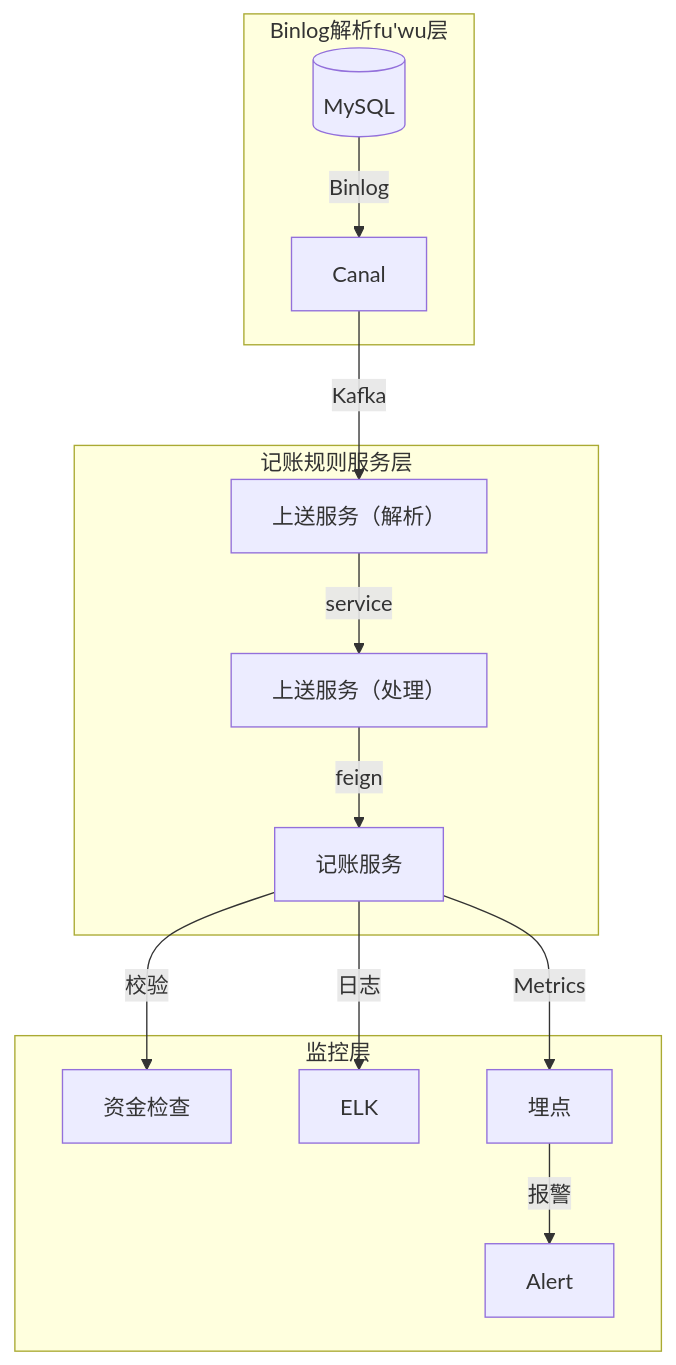
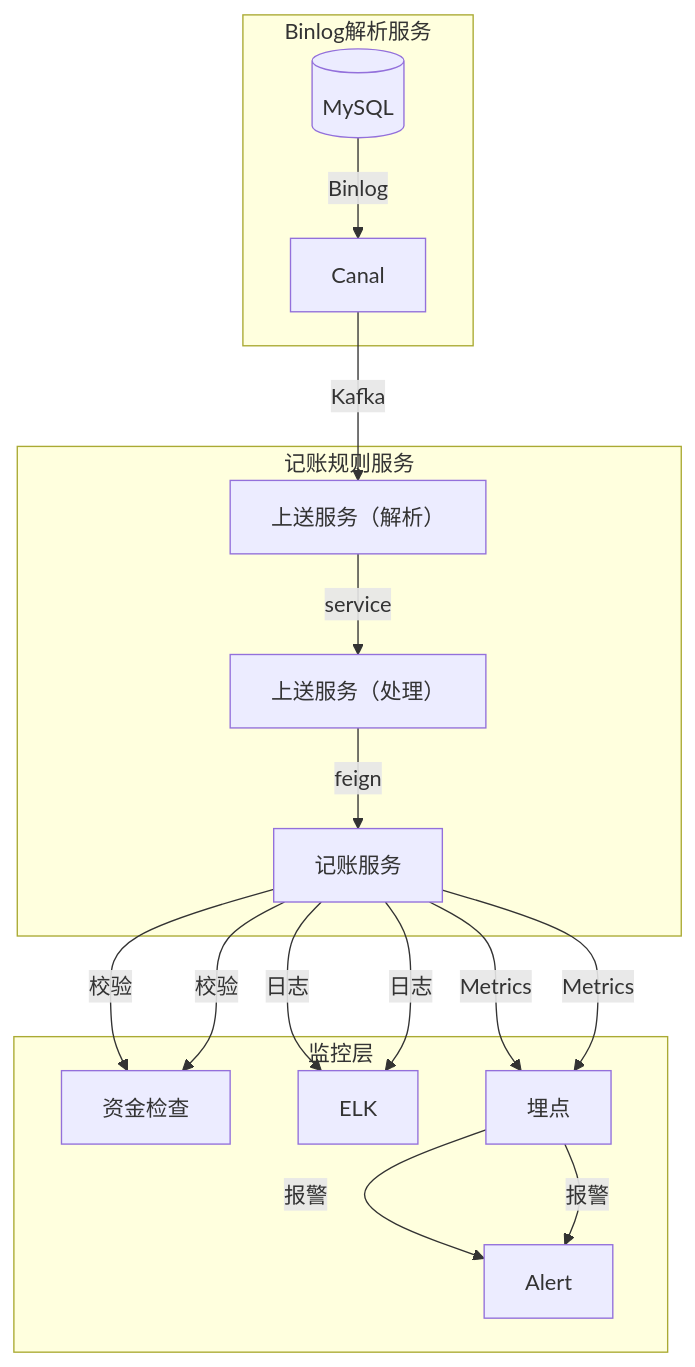
Before and after one commit to 87828943/iodraw-files: the diagram in all/记账架构图.md, drawn with Mermaid.

Commit message:
2025-07-07 14:37:05 update

````diff
--- a/all/记账架构图.md
+++ b/all/记账架构图.md
@@ -1,17 +1,23 @@
 ```mermaid
 graph TB
-    subgraph Binlog解析fu'wu层
+    subgraph Binlog解析服务
         DB[(MySQL)] -->|Binlog| Canal
     end
-    subgraph 记账规则服务层
+    subgraph 记账规则服务
         Canal -->|Kafka| Parser[上送服务（解析）]
         Parser -->|service| Engine[上送服务（处理）]
         Engine -->|feign| Accounting[记账服务]
     end
     subgraph 监控层
         Accounting --> |校验| 资金检查
         Accounting -->|日志| ELK
         Accounting -->|Metrics| 埋点
         埋点 -->|报警| Alert
     end
+    subgraph 监控层
+        Accounting --> |校验| 资金检查
+        Accounting -->|日志| ELK
+        Accounting -->|Metrics| 埋点
+        埋点 -->|报警| Alert
+    end
 ```
````
